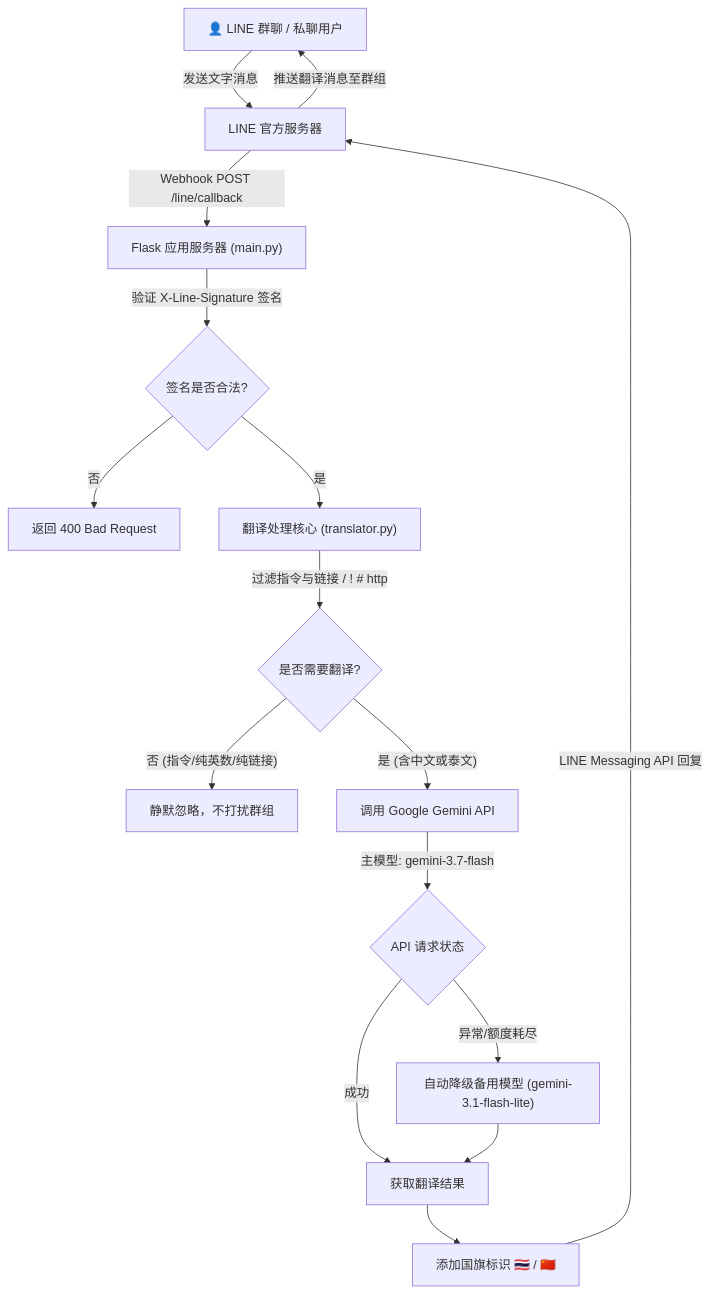
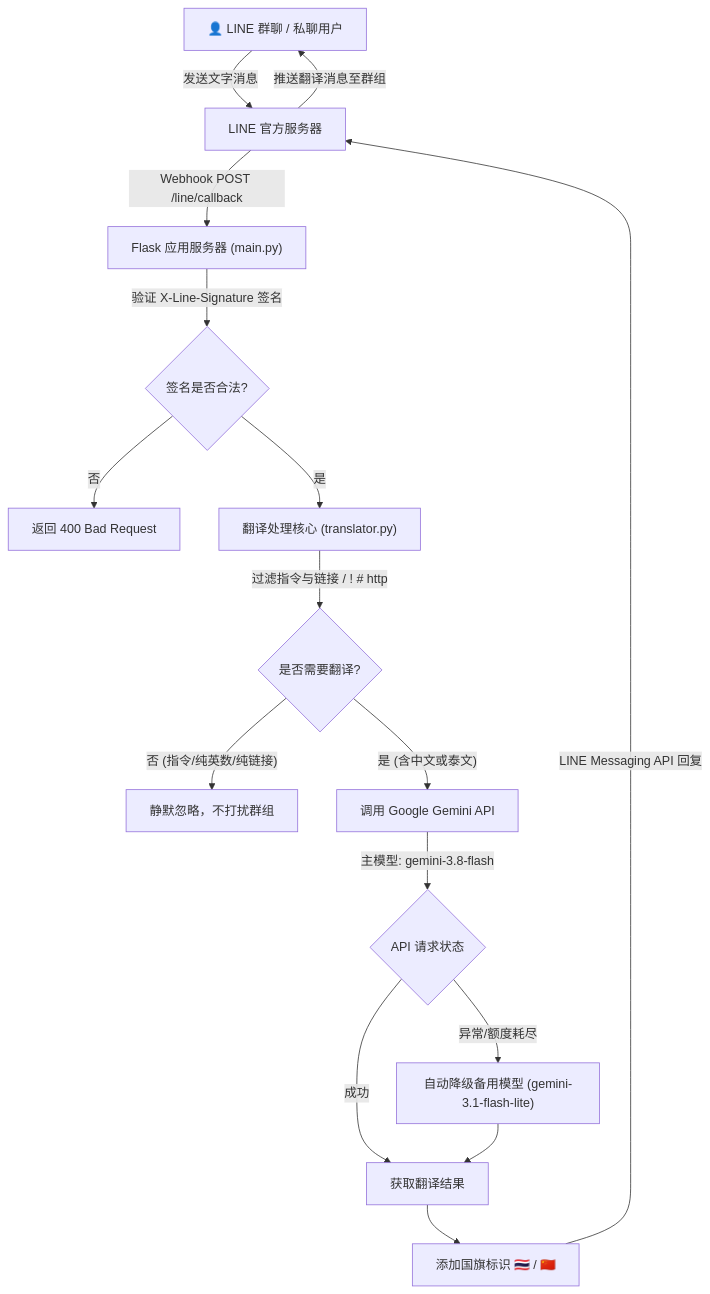
One commit to maccelectronic/macc-line-translate-bot changed the diagram in README.md. Above: the diagram before and after it, drawn with Mermaid. The commit also changed other lines of this file and 4 other files, not shown here.

Commit message:
feat: update default translation model to gemini-3.8-flash

````diff
--- a/README.md
+++ b/README.md
@@ -29,20 +29,20 @@
 ```mermaid
 flowchart TD
     A[👤 LINE 群聊 / 私聊用户] -->|发送文字消息| B[LINE 官方服务器]
     B -->|Webhook POST /line/callback| C["Flask 应用服务器 (main.py)"]
     C -->|验证 X-Line-Signature 签名| D{签名是否合法?}
     D -- 否 --> E[返回 400 Bad Request]
     D -- 是 --> F["翻译处理核心 (translator.py)"]
 
     F -->|过滤指令与链接 / ! # http| G{是否需要翻译?}
     G -- 否 (指令/纯英数/纯链接) --> H[静默忽略，不打扰群组]
     G -- 是 (含中文或泰文) --> I["调用 Google Gemini API"]
 
-    I -->|主模型: gemini-3.7-flash| J{API 请求状态}
+    I -->|主模型: gemini-3.8-flash| J{API 请求状态}
     J -- 成功 --> K[获取翻译结果]
     J -- 异常/额度耗尽 --> L["自动降级备用模型 (gemini-3.1-flash-lite)"] --> K
 
     K --> M[添加国旗标识 🇹🇭 / 🇨🇳]
     M -->|LINE Messaging API 回复| B
     B -->|推送翻译消息至群组| A
 ```
````
